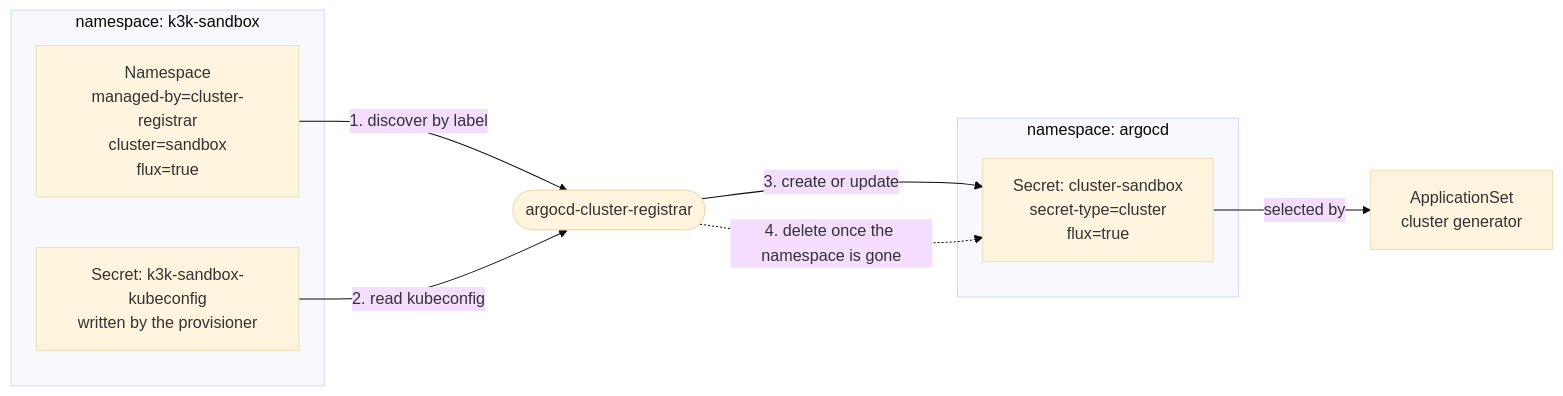
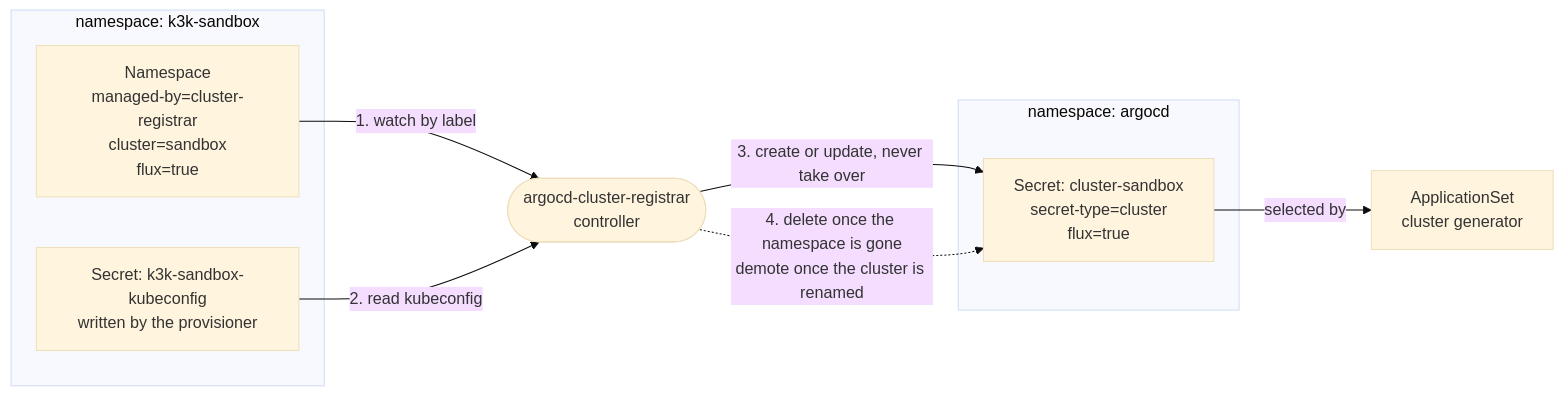
The first of 2 diagrams in README.md (pcanilho/argocd-cluster-registrar), drawn with Mermaid (base theme) before and after one commit. The commit also changed other lines of this file and 18 other files, not shown here.

````diff
--- a/README.md
+++ b/README.md
@@ -235,21 +250,21 @@
 ```mermaid
 flowchart LR
     subgraph child["namespace: k3k-sandbox"]
         NS["Namespace<br/>managed-by=cluster-registrar<br/>cluster=sandbox<br/>flux=true"]
         KC["Secret: k3k-sandbox-kubeconfig<br/>written by the provisioner"]
     end
 
-    REG(["argocd-cluster-registrar"])
+    REG(["argocd-cluster-registrar<br/>controller"])
 
     subgraph argo["namespace: argocd"]
         CS["Secret: cluster-sandbox<br/>secret-type=cluster<br/>flux=true"]
     end
 
     APPSET["ApplicationSet<br/>cluster generator"]
 
-    NS -->|"1. discover by label"| REG
+    NS -->|"1. watch by label"| REG
     KC -->|"2. read kubeconfig"| REG
-    REG -->|"3. create or update"| CS
-    REG -.->|"4. delete once the namespace is gone"| CS
+    REG -->|"3. create or update, never take over"| CS
+    REG -.->|"4. delete once the namespace is gone<br/>demote once the cluster is renamed"| CS
     CS -->|"selected by"| APPSET
 ```
````
